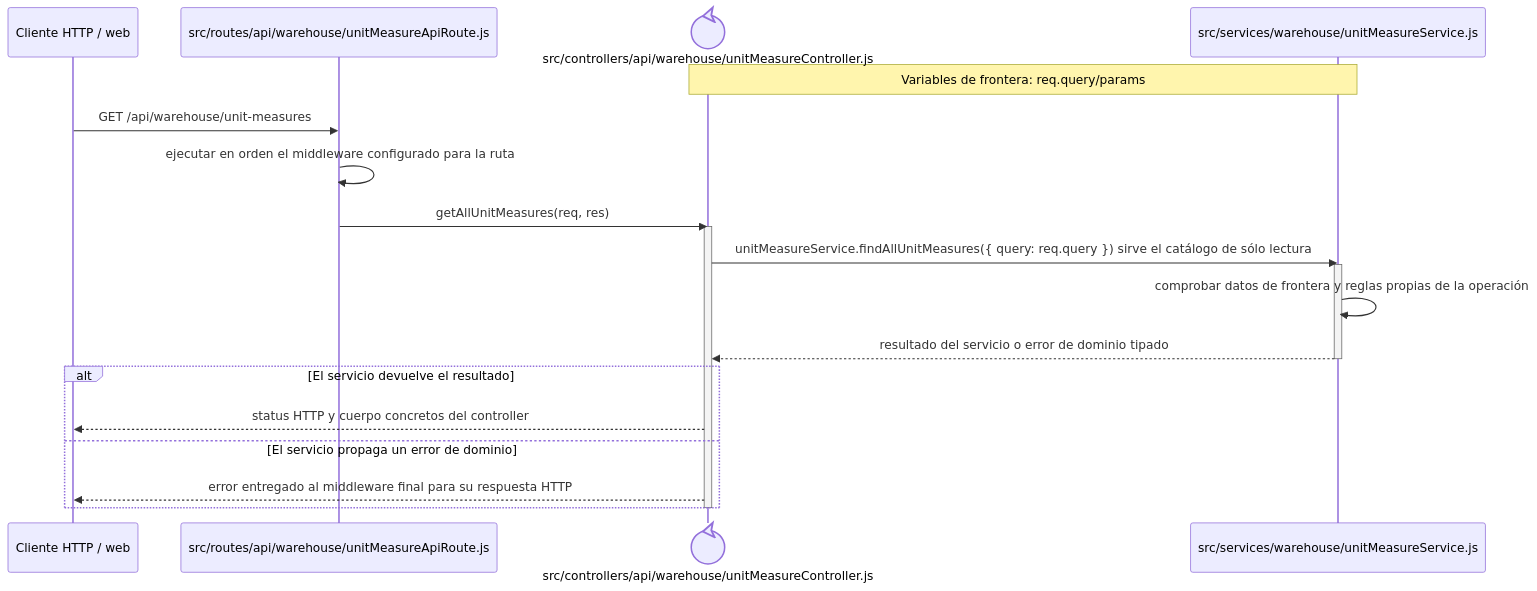
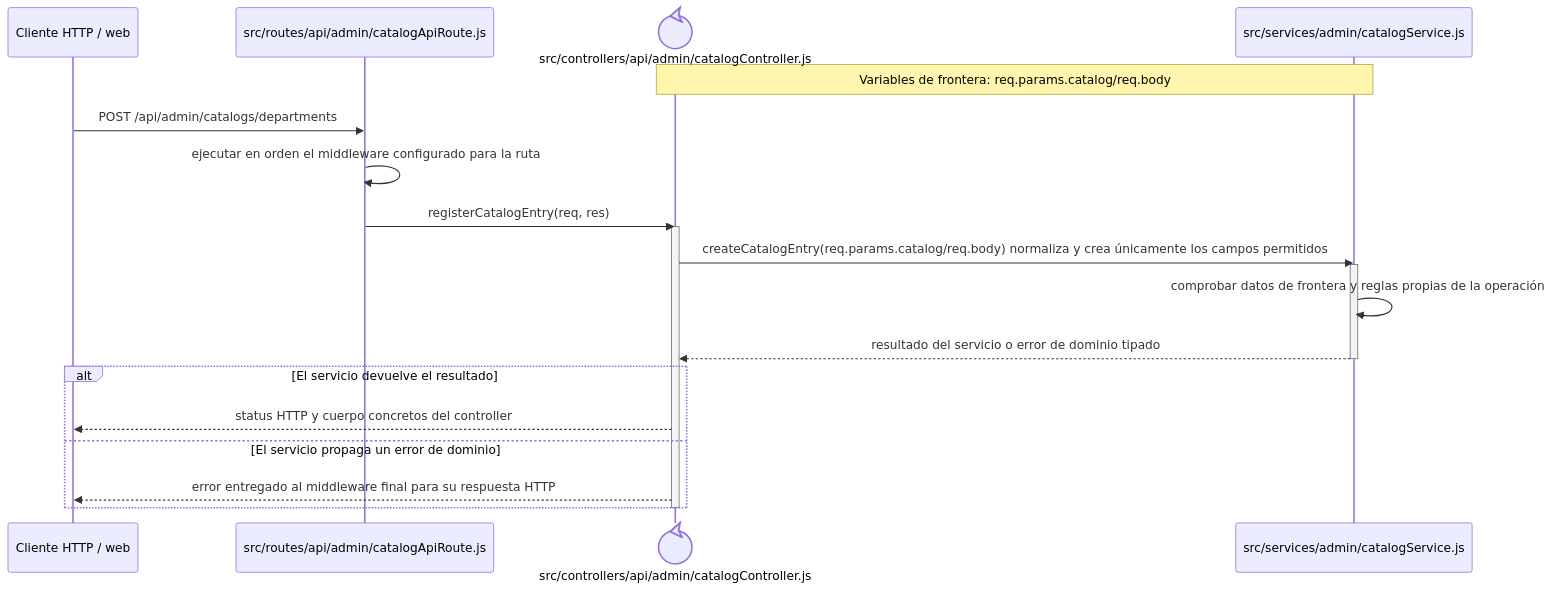
Before and after one commit to gpgsistemas01/nexus: the diagram in docs/architecture/backend-code-sequences/catalogs/cu-cat-28.md, drawn with Mermaid. The commit also changed other lines of this file and 126 other files, not shown here.

````diff
--- a/docs/architecture/backend-code-sequences/catalogs/cu-cat-28.md
+++ b/docs/architecture/backend-code-sequences/catalogs/cu-cat-28.md
@@ -6,24 +6,24 @@
 ```mermaid
 sequenceDiagram
     participant Client as Cliente HTTP / web
-    participant Route as src/routes/api/warehouse/unitMeasureApiRoute.js
-    participant Controller@{ "type": "control" } as src/controllers/api/warehouse/unitMeasureController.js
-    participant Domain as src/services/warehouse/unitMeasureService.js
-    Note over Controller,Domain: Variables de frontera: req.query/params
+    participant Route as src/routes/api/admin/catalogApiRoute.js
+    participant Controller@{ "type": "control" } as src/controllers/api/admin/catalogController.js
+    participant Domain as src/services/admin/catalogService.js
+    Note over Controller,Domain: Variables de frontera: req.params.catalog/req.body
 
-    Client->>Route: GET /api/warehouse/unit-measures
+    Client->>Route: POST /api/admin/catalogs/departments
     Route->>Route: ejecutar en orden el middleware configurado para la ruta
-    Route->>Controller: getAllUnitMeasures(req, res)
+    Route->>Controller: registerCatalogEntry(req, res)
     activate Controller
-    Controller->>Domain: unitMeasureService.findAllUnitMeasures({ query: req.query }) sirve el catálogo de sólo lectura
+    Controller->>Domain: createCatalogEntry(req.params.catalog/req.body) normaliza y crea únicamente los campos permitidos
     activate Domain
     Domain->>Domain: comprobar datos de frontera y reglas propias de la operación
     Domain-->>Controller: resultado del servicio o error de dominio tipado
     deactivate Domain
     alt El servicio devuelve el resultado
         Controller-->>Client: status HTTP y cuerpo concretos del controller
     else El servicio propaga un error de dominio
         Controller-->>Client: error entregado al middleware final para su respuesta HTTP
     end
     deactivate Controller
 ```
````
